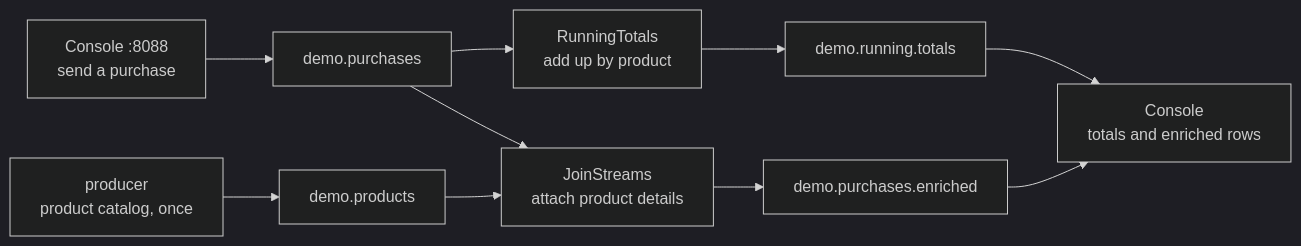
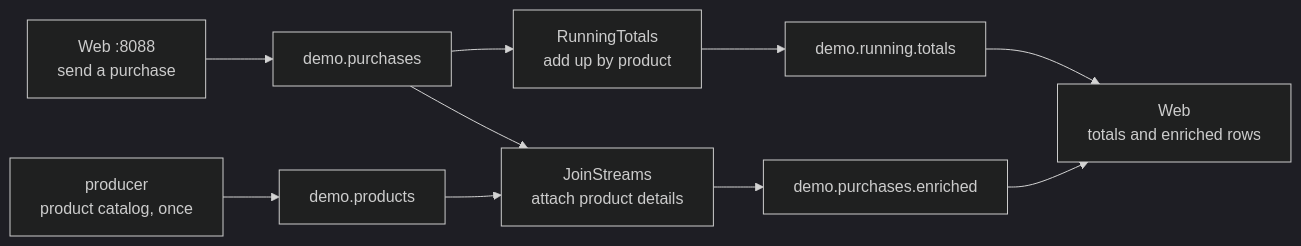
Before and after one commit to fanqingsong/flink-kafka-demo: the first of 4 diagrams in README.md, drawn with Mermaid (dark theme). The commit also changed other lines of this file and 6 other files, not shown here.

Commit message:
Rename the browser app from console to web so it is not mistaken for Kafka's CLI tools.

````diff
--- a/README.md
+++ b/README.md
@@ -11,15 +11,15 @@
 ```mermaid
 flowchart LR
-  console["Console :8088<br/>send a purchase"] --> purchases["demo.purchases"]
+  web["Web :8088<br/>send a purchase"] --> purchases["demo.purchases"]
   producer["producer<br/>product catalog, once"] --> products["demo.products"]
 
   purchases --> totals["RunningTotals<br/>add up by product"]
   purchases --> join["JoinStreams<br/>attach product details"]
   products --> join
 
   totals --> running["demo.running.totals"]
   join --> enriched["demo.purchases.enriched"]
 
-  running --> screen["Console<br/>totals and enriched rows"]
+  running --> screen["Web<br/>totals and enriched rows"]
   enriched --> screen
 ```
````
